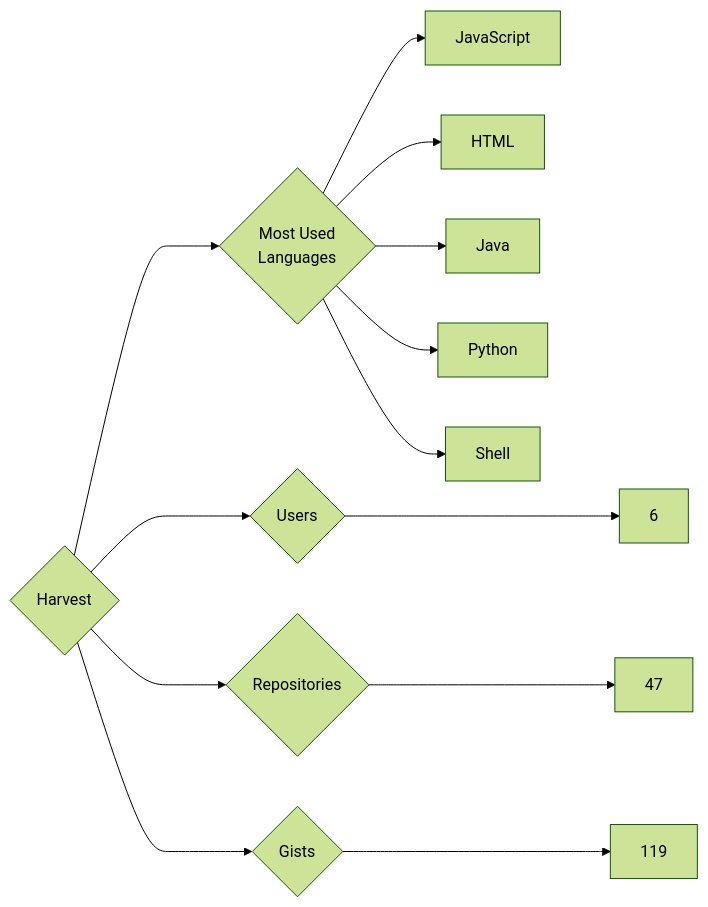
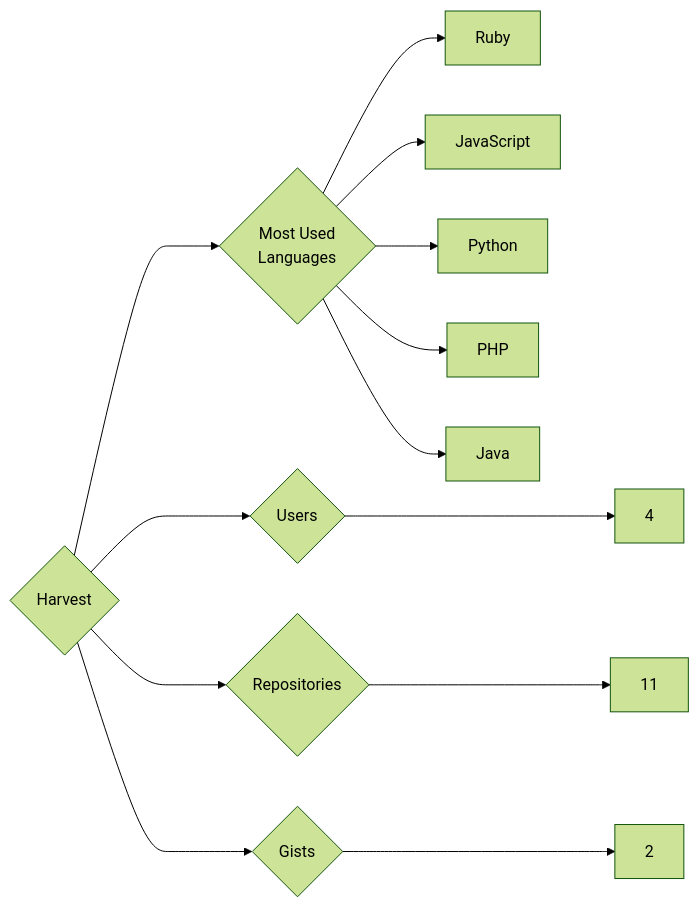
Before and after one commit to trickest/insiders: the diagram in targets/Harvest/README.md, drawn with Mermaid (forest theme). The commit also changed 953 other files, not shown here.

````diff
--- a/targets/Harvest/README.md
+++ b/targets/Harvest/README.md
@@ -3,13 +3,13 @@
 ```mermaid
 graph LR
 COMPANY_NAME{Harvest}
-COMPANY_NAME ---> U{Users} ---> UN[6]
-COMPANY_NAME ---> R{Repositories} ---> RN[47]
-COMPANY_NAME ---> G{Gists} ---> GN[119]
+COMPANY_NAME ---> U{Users} ---> UN[4]
+COMPANY_NAME ---> R{Repositories} ---> RN[11]
+COMPANY_NAME ---> G{Gists} ---> GN[2]
 COMPANY_NAME ---> ML{Most Used<br>Languages}
+ML --> Ruby[Ruby]
 ML --> JavaScript[JavaScript]
-ML --> HTML[HTML]
+ML --> Python[Python]
+ML --> PHP[PHP]
 ML --> Java[Java]
-ML --> Python[Python]
-ML --> Shell[Shell]
 ```
````
